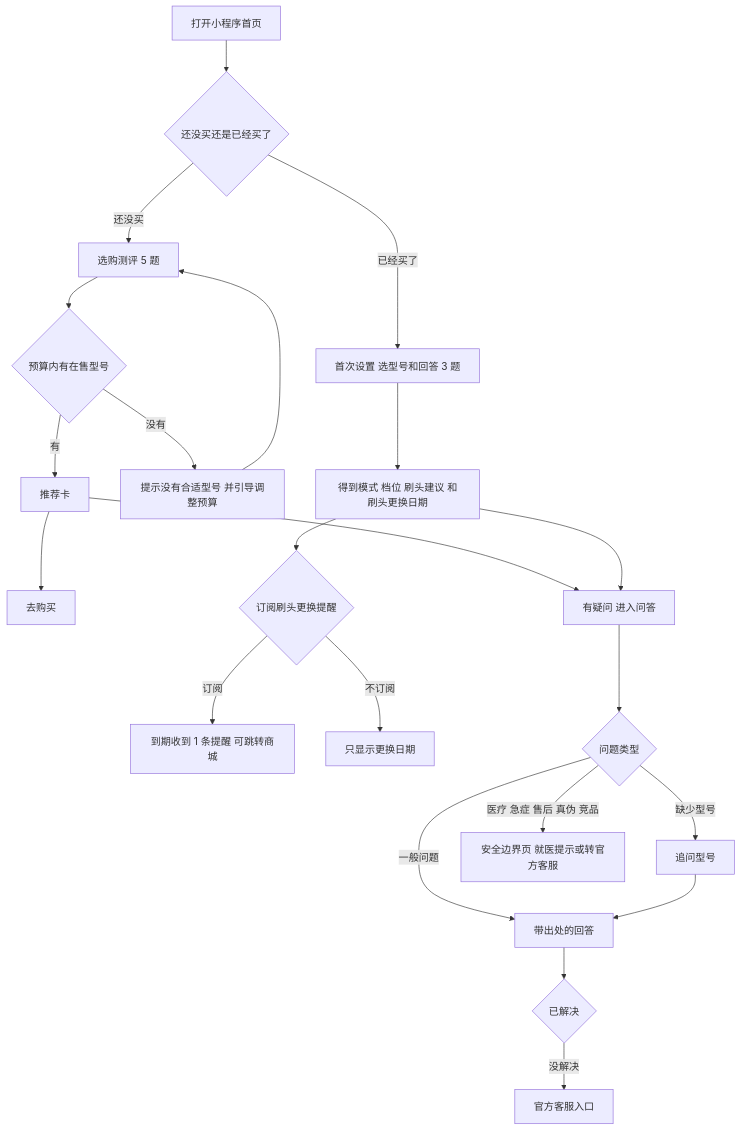
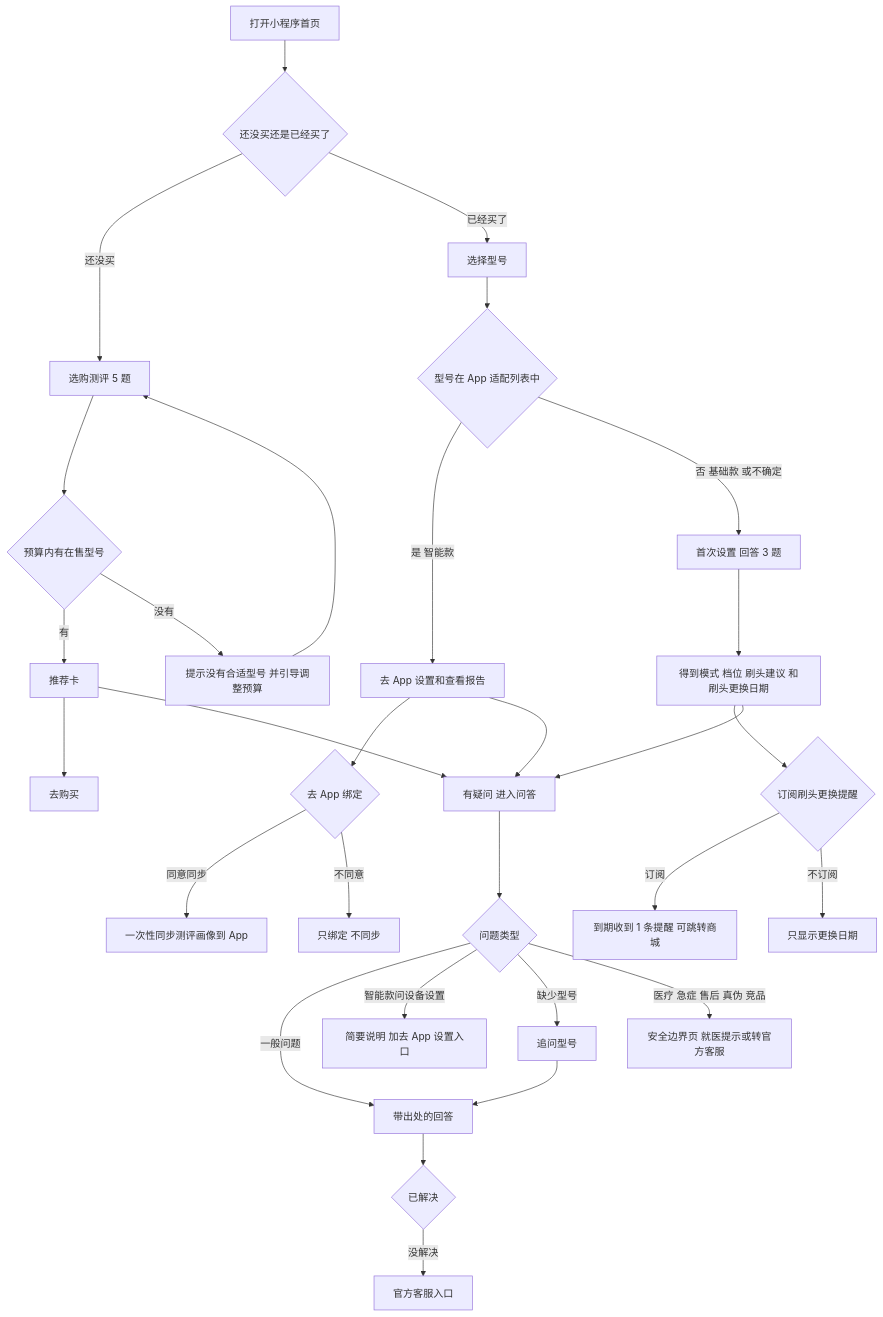
Before and after one commit to XinyueFan-27/usmile-ai-care-assistant: the first of 6 diagrams in docs/PRD_v1.0.md, drawn with Mermaid. The commit also changed other lines of this file and 5 other files, not shown here.

````diff
--- a/docs/PRD_v1.0.md
+++ b/docs/PRD_v1.0.md
@@ -464,23 +593,31 @@
 ```mermaid
 flowchart TD
     A[打开小程序首页] --> B{还没买还是已经买了}
     B -->|还没买| C[选购测评 5 题]
     C --> D{预算内有在售型号}
     D -->|有| E[推荐卡]
     D -->|没有| F[提示没有合适型号 并引导调整预算]
     F --> C
     E --> G[去购买]
     E --> Q[有疑问 进入问答]
-    B -->|已经买了| H[首次设置 选型号和回答 3 题]
+    B -->|已经买了| RT[选择型号]
+    RT --> RTD{型号在 App 适配列表中}
+    RTD -->|是 智能款| SA[去 App 设置和查看报告]
+    SA --> BD{去 App 绑定}
+    BD -->|同意同步| SY[一次性同步测评画像到 App]
+    BD -->|不同意| BN[只绑定 不同步]
+    RTD -->|否 基础款 或不确定| H[首次设置 回答 3 题]
+    SA --> Q
     H --> I[得到模式 档位 刷头建议 和刷头更换日期]
     I --> J{订阅刷头更换提醒}
     J -->|订阅| K[到期收到 1 条提醒 可跳转商城]
     J -->|不订阅| L[只显示更换日期]
     I --> Q
     Q --> M{问题类型}
     M -->|一般问题| N[带出处的回答]
+    M -->|智能款问设备设置| GA[简要说明 加去 App 设置入口]
     M -->|缺少型号| O[追问型号] --> N
     M -->|医疗 急症 售后 真伪 竞品| P[安全边界页 就医提示或转官方客服]
     N --> R{已解决}
     R -->|没解决| S[官方客服入口]
 ```
````
